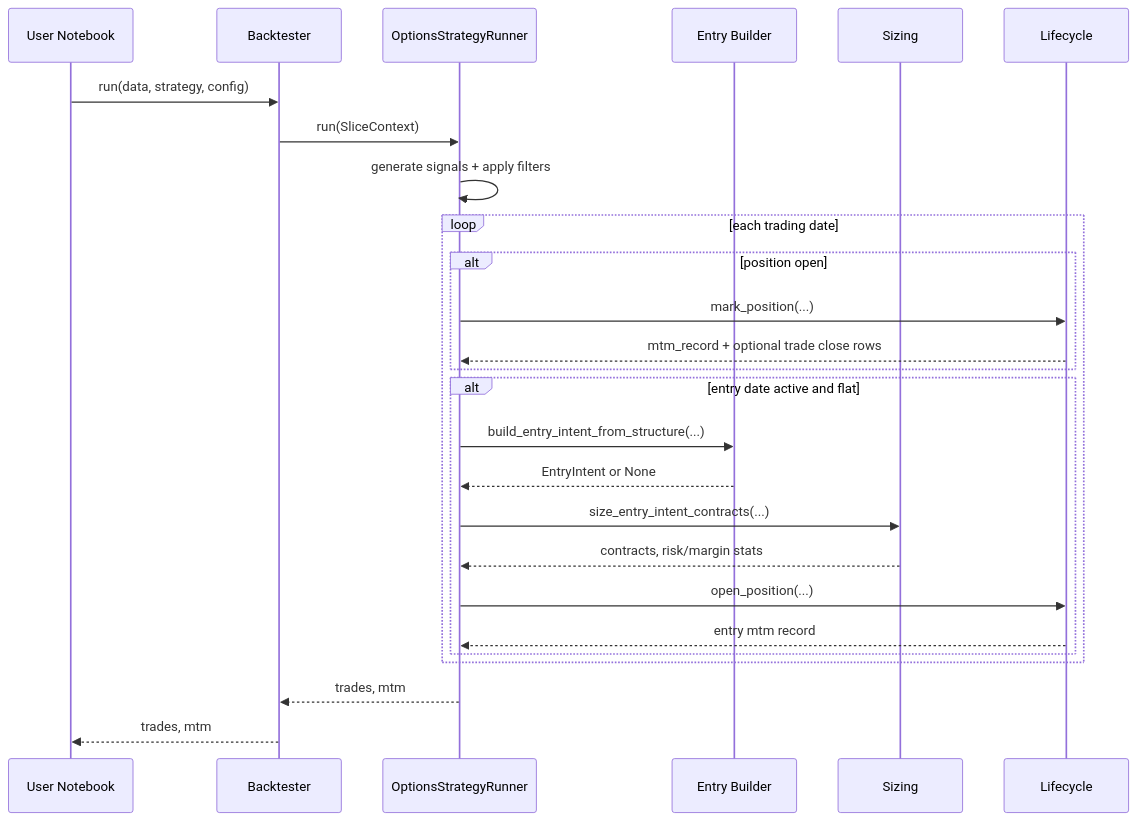
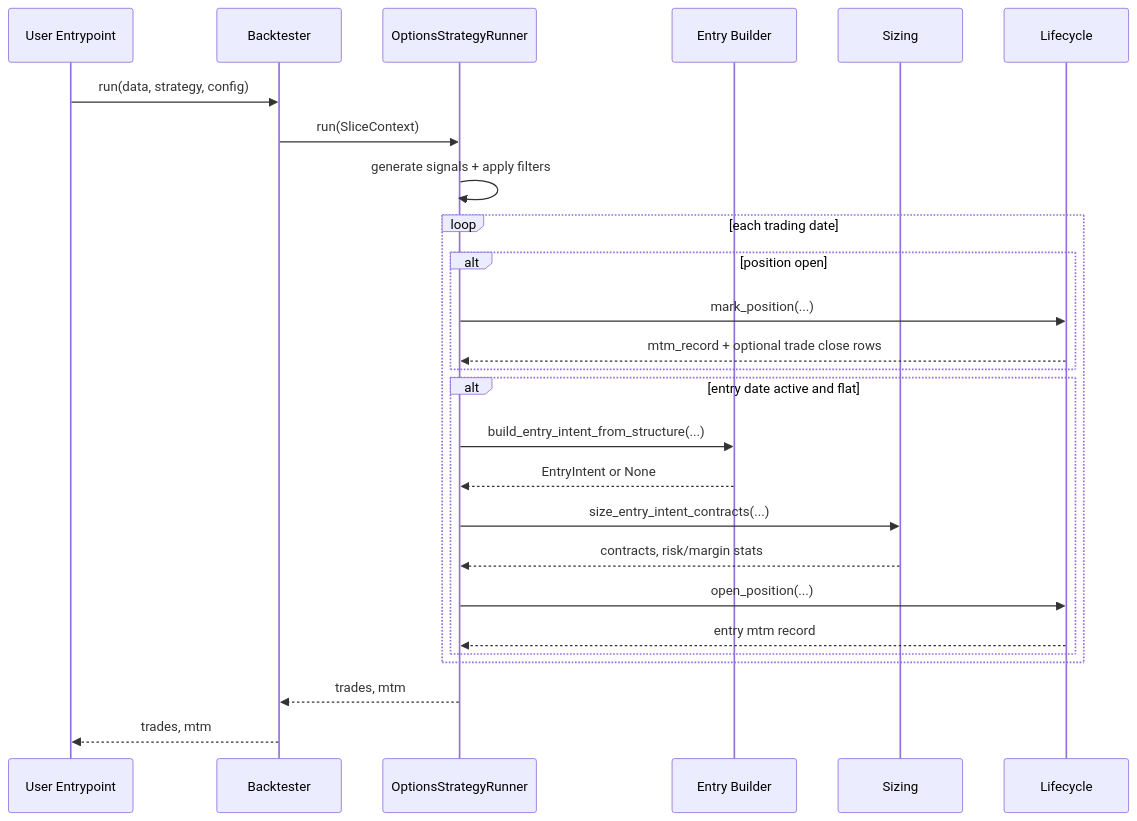
One commit to anthonymakarewicz/volatility-trading changed the second of 3 diagrams in docs/reference/options_backtesting_architecture.md. Above: the diagram before and after it, drawn with Mermaid. The commit also changed other lines of this file and 29 other files, not shown here.

````diff
--- a/docs/reference/options_backtesting_architecture.md
+++ b/docs/reference/options_backtesting_architecture.md
@@ -47,29 +47,29 @@
 ```mermaid
 sequenceDiagram
-    participant U as User Notebook
+    participant U as User Entrypoint
     participant B as Backtester
     participant S as OptionsStrategyRunner
     participant E as Entry Builder
     participant Z as Sizing
     participant L as Lifecycle
 
     U->>B: run(data, strategy, config)
     B->>S: run(SliceContext)
     S->>S: generate signals + apply filters
     loop each trading date
         alt position open
             S->>L: mark_position(...)
             L-->>S: mtm_record + optional trade close rows
         end
         alt entry date active and flat
             S->>E: build_entry_intent_from_structure(...)
             E-->>S: EntryIntent or None
             S->>Z: size_entry_intent_contracts(...)
             Z-->>S: contracts, risk/margin stats
             S->>L: open_position(...)
             L-->>S: entry mtm record
         end
     end
     S-->>B: trades, mtm
     B-->>U: trades, mtm
 ```
````
